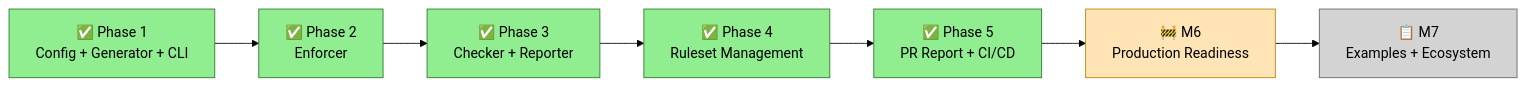
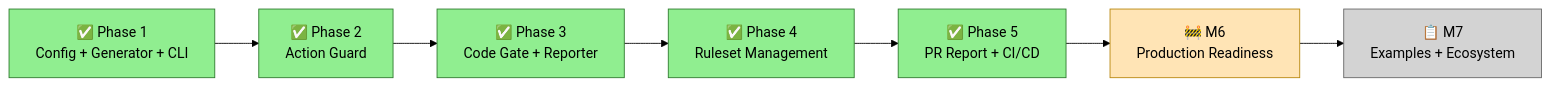
Before and after one commit to ikroal/ai-code-guard: the diagram in README.md, drawn with Mermaid (forest theme). The commit also changed 32 other files, not shown here.

First line of the commit message:
refactor(enforcer)!: rename ac_guard.enforcer -> ac_guard.action_guard

````diff
--- a/README.md
+++ b/README.md
@@ -115,16 +115,16 @@
 ```mermaid
 flowchart LR
-    P1[✅ Phase 1<br/>Config + Generator + CLI] --> P2[✅ Phase 2<br/>Enforcer]
-    P2 --> P3[✅ Phase 3<br/>Checker + Reporter]
+    P1[✅ Phase 1<br/>Config + Generator + CLI] --> P2[✅ Phase 2<br/>Action Guard]
+    P2 --> P3[✅ Phase 3<br/>Code Gate + Reporter]
     P3 --> P4[✅ Phase 4<br/>Ruleset Management]
     P4 --> P5[✅ Phase 5<br/>PR Report + CI/CD]
     P5 --> M6[🚧 M6<br/>Production Readiness]
     M6 --> M7[📋 M7<br/>Examples + Ecosystem]
 
     classDef done fill:#90EE90,stroke:#2d7a2d,color:#000
     classDef active fill:#FFE4B5,stroke:#b8860b,color:#000
     classDef planned fill:#D3D3D3,stroke:#666,color:#000
     class P1,P2,P3,P4,P5 done
     class M6 active
     class M7 planned
 ```
````
